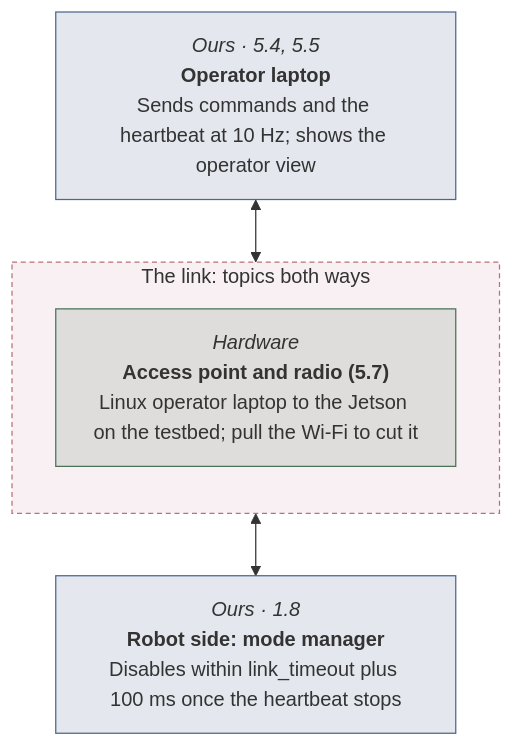
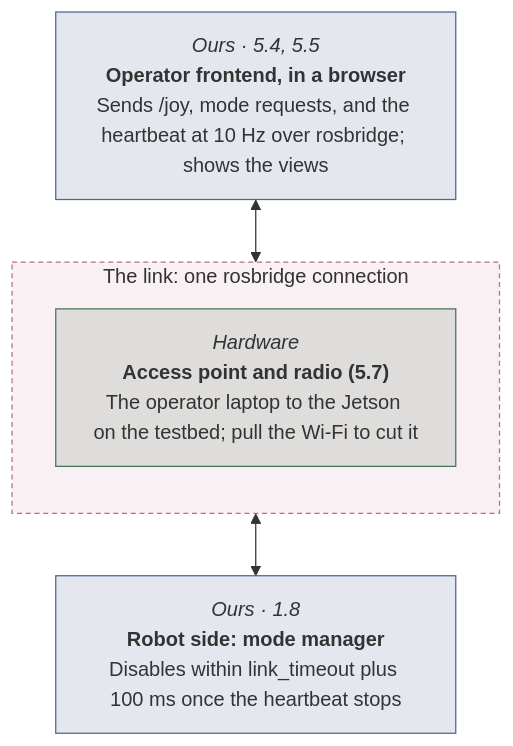
Diagram 29 of 30 in docs/design/hardware-test-modes.md (STAR-Robotics-Team/starrt-luna-software), drawn with Mermaid before and after one commit. The commit also changed other lines of this file and 3 other files, not shown here.

First line of the commit message:
Match the design docs to the rosbridge operator station

````diff
--- a/docs/design/hardware-test-modes.md
+++ b/docs/design/hardware-test-modes.md
@@ -1404,31 +1404,31 @@
 ```mermaid
 ---
 config:
   flowchart:
     wrappingWidth: 260
 ---
 flowchart TB
   b1["`*Ours · 5.4, 5.5*
-**Operator laptop**
-Sends commands and the heartbeat at 10 Hz; shows the operator view`"]
-  subgraph band2["The link: topics both ways"]
+**Operator frontend, in a browser**
+Sends /joy, mode requests, and the heartbeat at 10 Hz over rosbridge; shows the views`"]
+  subgraph band2["The link: one rosbridge connection"]
     direction TB
     b3["`*Hardware*
 **Access point and radio (5.7)**
-Linux operator laptop to the Jetson on the testbed; pull the Wi-Fi to cut it`"]
+The operator laptop to the Jetson on the testbed; pull the Wi-Fi to cut it`"]
   end
   b4["`*Ours · 1.8*
 **Robot side: mode manager**
 Disables within link_timeout plus 100 ms once the heartbeat stops`"]
   b1 <--> band2
   band2 <--> b4
   classDef ours fill:#4c669026,stroke:#4c6690
   classDef ros fill:#8b939c1f,stroke:#8b939c
   classDef stand fill:#b0844526,stroke:#b08445
   classDef hw fill:#4a725926,stroke:#4a7259
   classDef hwline fill:#b9707c26,stroke:#b9707c,stroke-dasharray:4 3
   classDef ghost fill:none,stroke:#8b939c,stroke-dasharray:4 4,color:#8b939c
   class b1,b4 ours
   class b3 hw
   style band2 fill:#b9707c1a,stroke:#b9707c,stroke-dasharray:4 3
 ```
````
